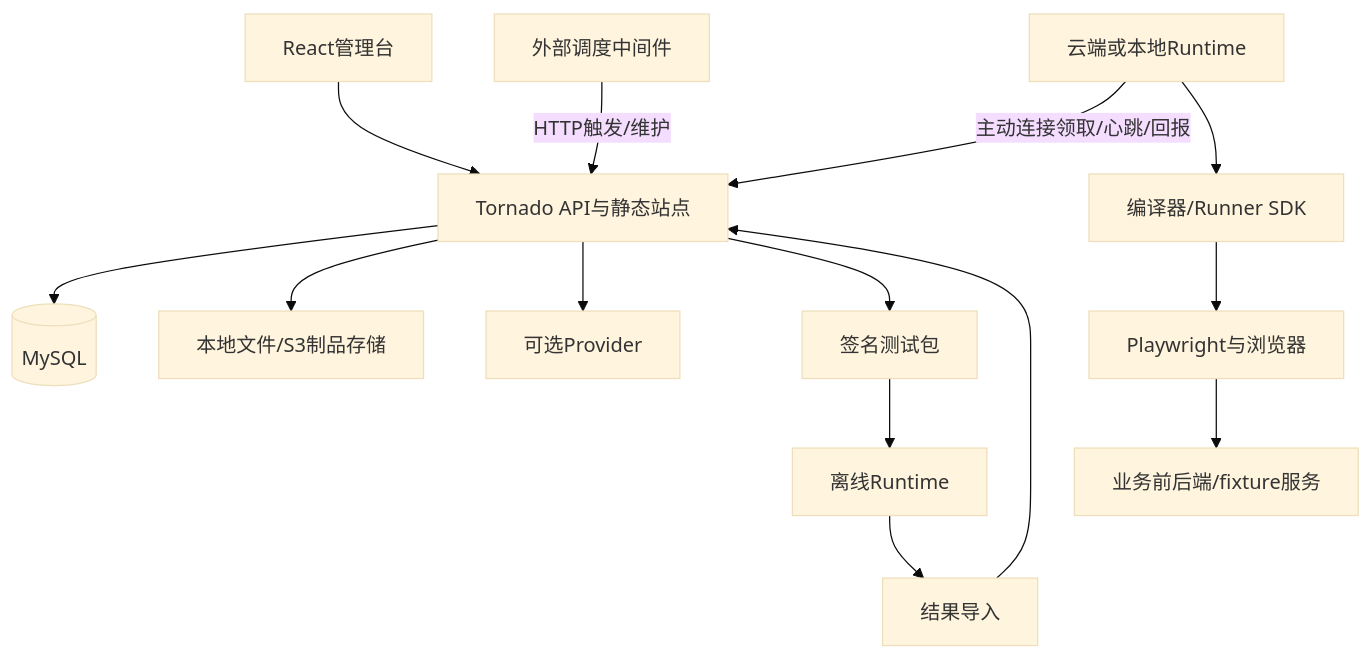
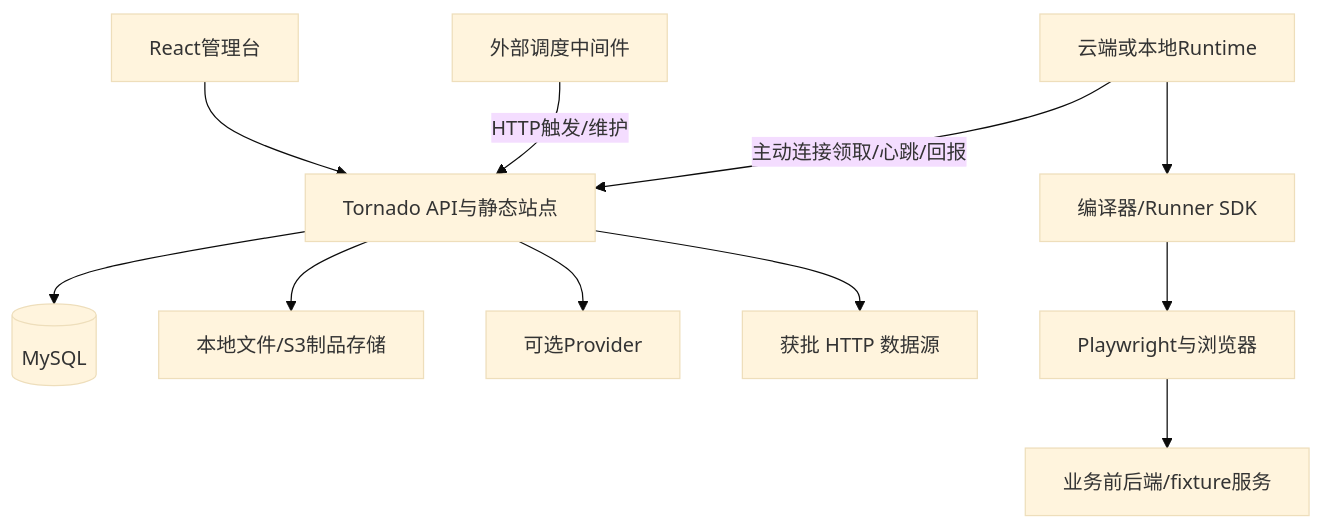
The diagram in docs/specs/veriq-1.0.md (baofengbaofeng/VeriQ), drawn with Mermaid (base theme) before and after one commit. The commit also changed other lines of this file and 4 other files, not shown here.

````diff
--- a/docs/specs/veriq-1.0.md
+++ b/docs/specs/veriq-1.0.md
@@ -80,16 +81,13 @@
 ```mermaid
 flowchart TB
   UI[React管理台] --> API[Tornado API与静态站点]
   EXT[外部调度中间件] -->|HTTP触发/维护| API
   API --> DB[(MySQL)]
   API --> STORE[本地文件/S3制品存储]
   API --> AI[可选Provider]
   RT[云端或本地Runtime] -->|主动连接领取/心跳/回报| API
   RT --> SDK[编译器/Runner SDK]
   SDK --> PW[Playwright与浏览器]
   PW --> SYS[业务前后端/fixture服务]
-  API --> B[签名测试包]
-  B --> OFF[离线Runtime]
-  OFF --> IMP[结果导入]
-  IMP --> API
+  API --> DS[获批 HTTP 数据源]
 ```
````
